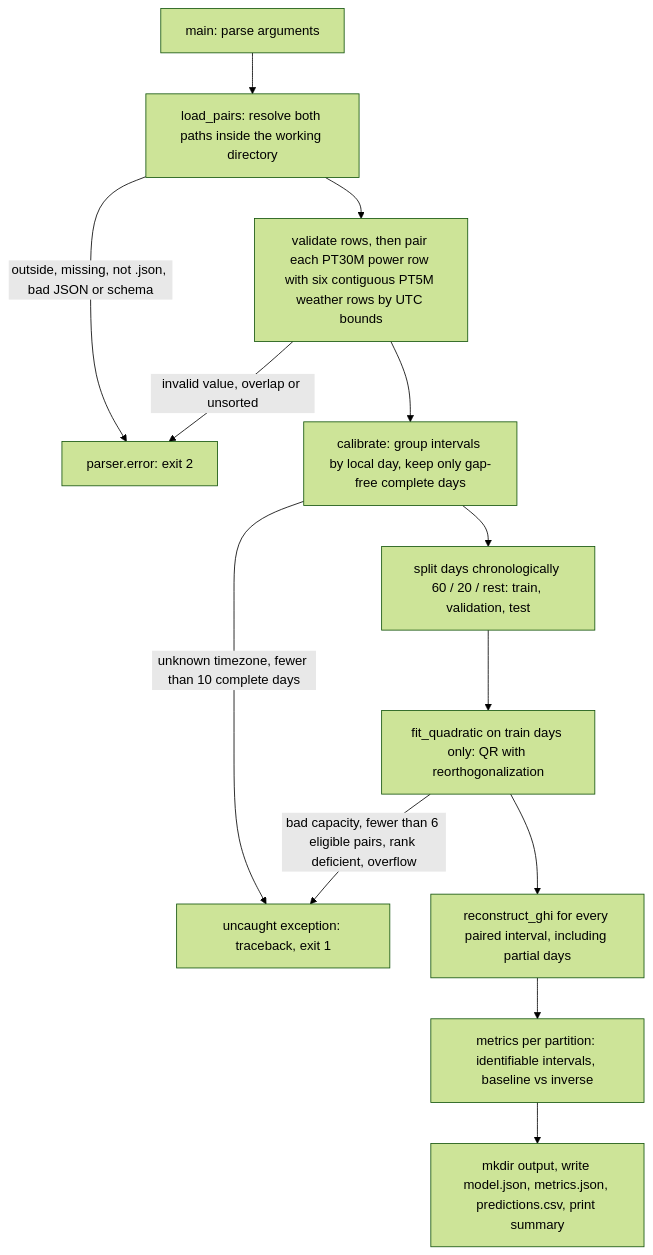
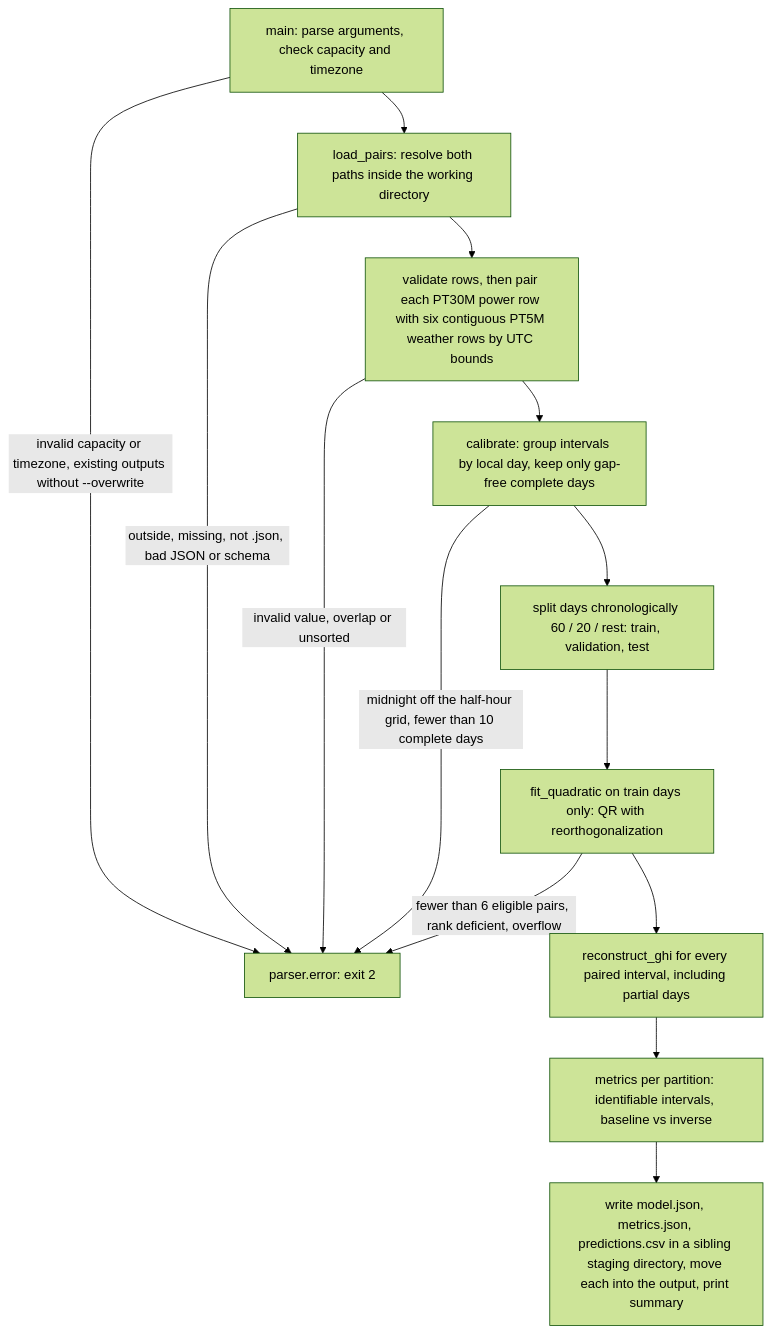
The diagram in docs/flows/offline-irradiance-calibration.md (erkurtharun/pyracast), drawn with Mermaid (forest theme) before and after one commit. The commit also changed other lines of this file and 85 other files, not shown here.

First line of the commit message:
Bring the flow pages in line with the code (#107)

````diff
--- a/docs/flows/offline-irradiance-calibration.md
+++ b/docs/flows/offline-irradiance-calibration.md
@@ -13,15 +13,16 @@
 ```mermaid
 flowchart TD
-    A["main: parse arguments"] --> B["load_pairs: resolve both paths inside the working directory"]
+    A["main: parse arguments, check capacity and timezone"] -->|"invalid capacity or timezone, existing outputs without --overwrite"| X1
+    A --> B["load_pairs: resolve both paths inside the working directory"]
     B -->|"outside, missing, not .json, bad JSON or schema"| X1["parser.error: exit 2"]
     B --> C["validate rows, then pair each PT30M power row with six contiguous PT5M weather rows by UTC bounds"]
     C -->|"invalid value, overlap or unsorted"| X1
     C --> D["calibrate: group intervals by local day, keep only gap-free complete days"]
-    D -->|"unknown timezone, fewer than 10 complete days"| X2["uncaught exception: traceback, exit 1"]
+    D -->|"midnight off the half-hour grid, fewer than 10 complete days"| X1
     D --> E["split days chronologically 60 / 20 / rest: train, validation, test"]
     E --> F["fit_quadratic on train days only: QR with reorthogonalization"]
-    F -->|"bad capacity, fewer than 6 eligible pairs, rank deficient, overflow"| X2
+    F -->|"fewer than 6 eligible pairs, rank deficient, overflow"| X1
     F --> G["reconstruct_ghi for every paired interval, including partial days"]
     G --> H["metrics per partition: identifiable intervals, baseline vs inverse"]
-    H --> I["mkdir output, write model.json, metrics.json, predictions.csv, print summary"]
+    H --> I["write model.json, metrics.json, predictions.csv in a sibling staging directory, move each into the output, print summary"]
 ```
````
